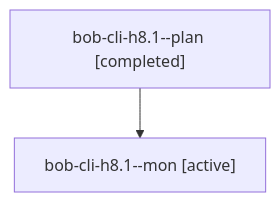
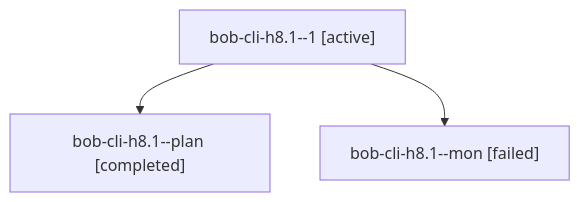
The diagram in sessions/bbugyi200.athena.bob-cli-h8.1.md (bobs-org/bob-cli--agents), drawn with Mermaid before and after one commit. The commit also changed other lines of this file and 37 other files, not shown here.

````diff
--- a/sessions/bbugyi200.athena.bob-cli-h8.1.md
+++ b/sessions/bbugyi200.athena.bob-cli-h8.1.md
@@ -9,6 +9,8 @@
 ```mermaid
 flowchart TD
-  n0["bob-cli-h8.1--plan [completed]"]
-  n1["bob-cli-h8.1--mon [active]"]
+  n0["bob-cli-h8.1--1 [active]"]
+  n1["bob-cli-h8.1--plan [completed]"]
   n0 --> n1
+  n2["bob-cli-h8.1--mon [failed]"]
+  n0 --> n2
 ```
````
